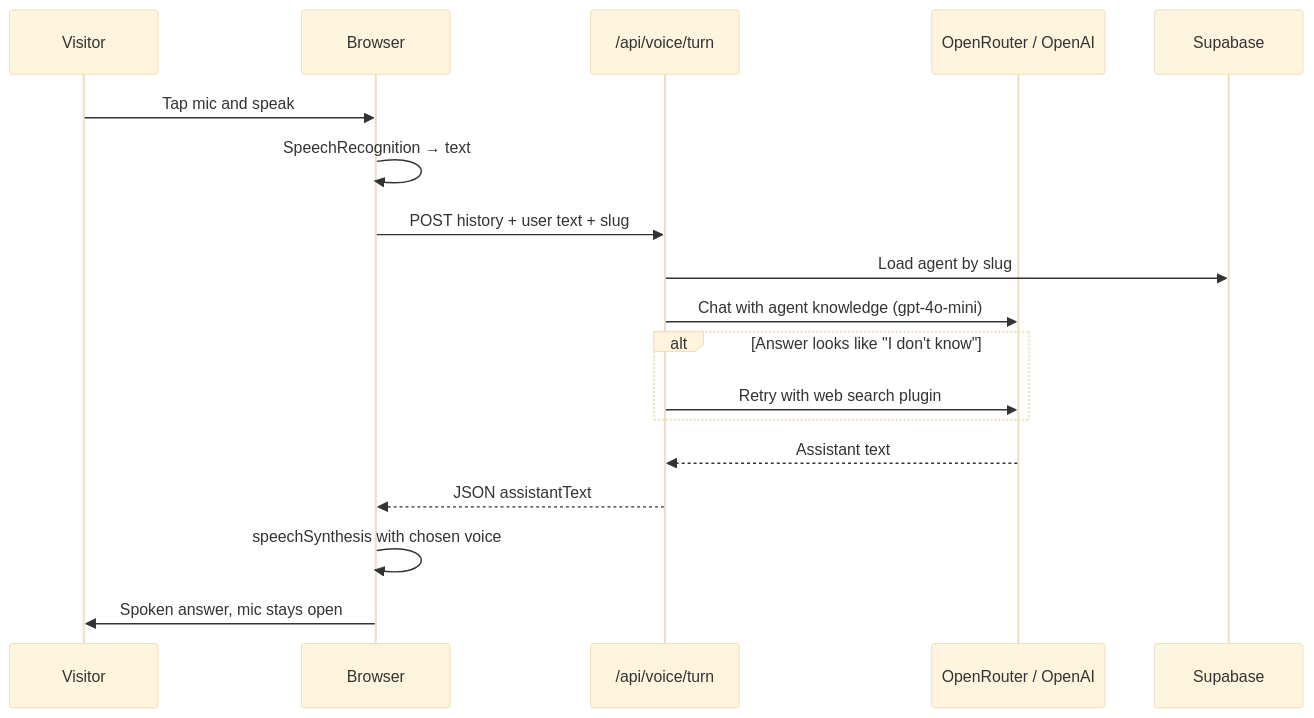
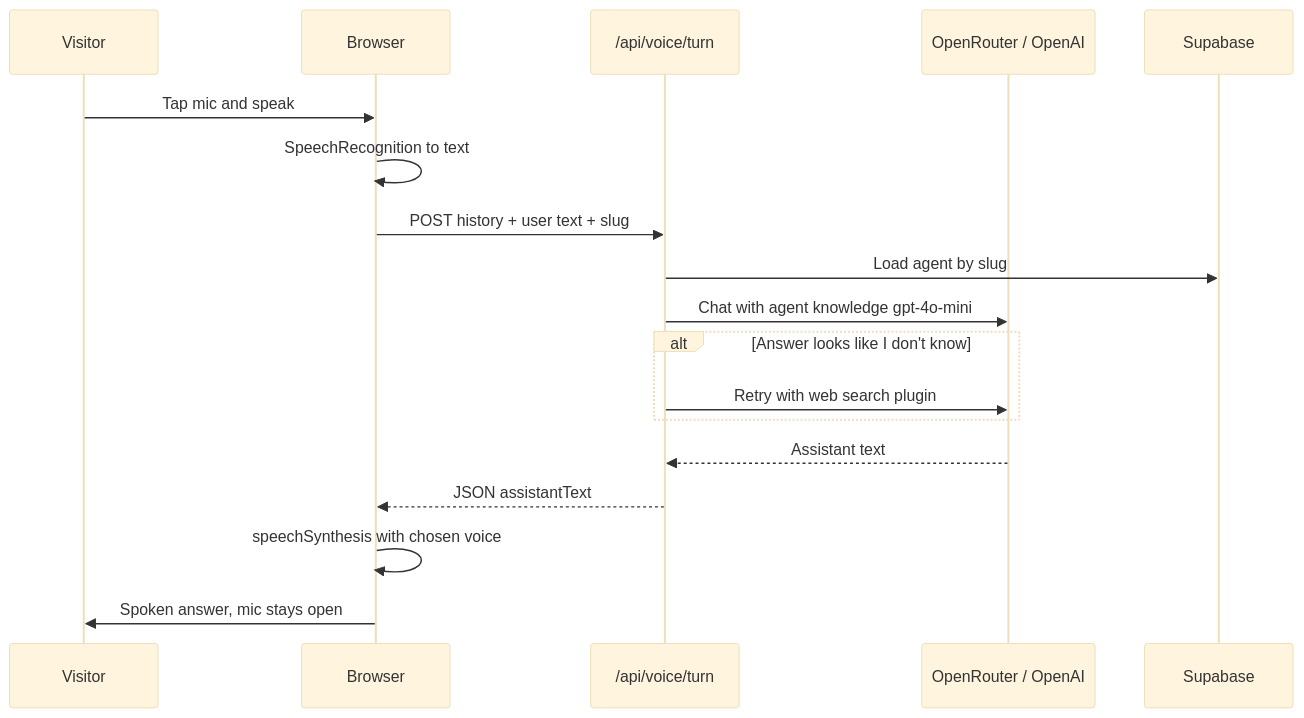
The sixth of 9 diagrams in README.md (provanshh/avaaz), drawn with Mermaid (base theme) before and after one commit. The commit also changed other lines of this file, not shown here.

````diff
--- a/README.md
+++ b/README.md
@@ -193,21 +305,21 @@
 ```mermaid
 sequenceDiagram
   participant V as Visitor
   participant B as Browser
   participant API as /api/voice/turn
   participant OR as OpenRouter / OpenAI
   participant DB as Supabase
 
   V->>B: Tap mic and speak
-  B->>B: SpeechRecognition → text
+  B->>B: SpeechRecognition to text
   B->>API: POST history + user text + slug
   API->>DB: Load agent by slug
-  API->>OR: Chat with agent knowledge (gpt-4o-mini)
-  alt Answer looks like "I don't know"
+  API->>OR: Chat with agent knowledge gpt-4o-mini
+  alt Answer looks like I don't know
     API->>OR: Retry with web search plugin
   end
   OR-->>API: Assistant text
   API-->>B: JSON assistantText
   B->>B: speechSynthesis with chosen voice
   B->>V: Spoken answer, mic stays open
 ```
````
